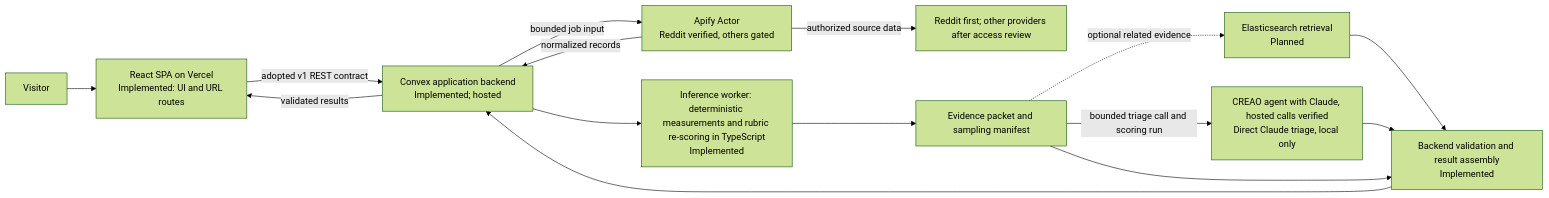
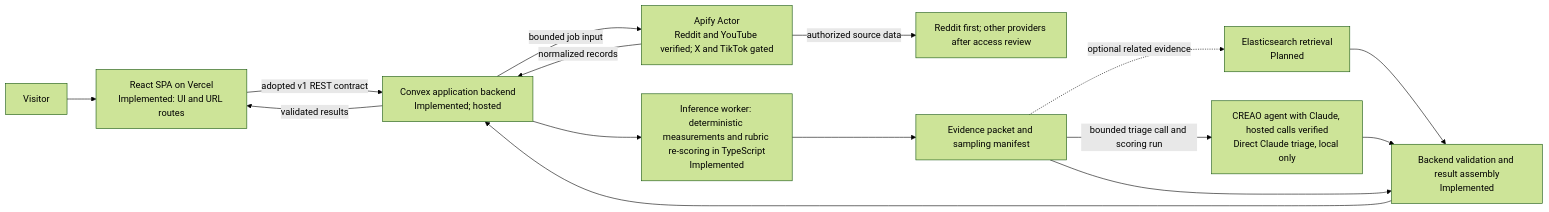
Before and after one commit to deadinternettheory-calhacks/dead-internet-theory: the second of 2 diagrams in SPEC.md, drawn with Mermaid (forest theme). The commit also changed other lines of this file and 16 other files, not shown here.

Commit message:
feat(backend): normalize video discussions and enable verified YouTube collection

````diff
--- a/SPEC.md
+++ b/SPEC.md
@@ -166,17 +166,17 @@
 ```mermaid
 flowchart LR
     Person[Visitor] --> Web[React SPA on Vercel<br/>Implemented: UI and URL routes]
     Web -->|adopted v1 REST contract| Convex[Convex application backend<br/>Implemented; hosted]
-    Convex -->|bounded job input| Apify[Apify Actor<br/>Reddit verified, others gated]
+    Convex -->|bounded job input| Apify[Apify Actor<br/>Reddit and YouTube verified; X and TikTok gated]
     Apify -->|authorized source data| Platform[Reddit first; other providers after access review]
     Apify -->|normalized records| Convex
     Convex --> Python[Inference worker: deterministic measurements and rubric re-scoring in TypeScript<br/>Implemented]
     Python --> Packet[Evidence packet and sampling manifest]
     Packet -. optional related evidence .-> Elastic[Elasticsearch retrieval<br/>Planned]
     Packet -->|bounded triage call and scoring run| CREAO[CREAO agent with Claude, hosted calls verified<br/>Direct Claude triage, local only]
     Elastic --> Validate[Backend validation and result assembly<br/>Implemented]
     CREAO --> Validate
     Packet --> Validate
     Validate --> Convex
     Convex -->|validated results| Web
 ```
````
